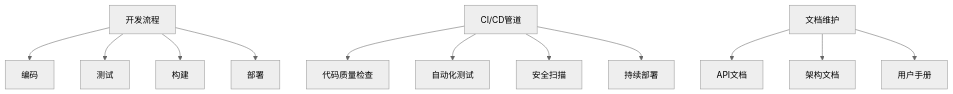
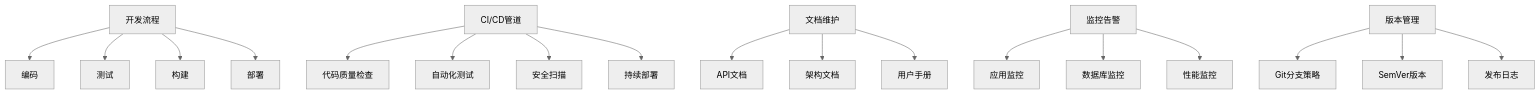
Before and after one commit to gree-coder/fund-butler: diagram 22 of 22 in .qoder/repowiki/zh/content/项目结构详解.md, drawn with Mermaid (neutral theme). The commit also changed other lines of this file and 10 other files, not shown here.

````diff
--- a/.qoder/repowiki/zh/content/项目结构详解.md
+++ b/.qoder/repowiki/zh/content/项目结构详解.md
@@ -386,14 +816,20 @@
 ```mermaid
 flowchart TD
 A[开发流程] --> B[编码]
 A --> C[测试]
 A --> D[构建]
 A --> E[部署]
 F[CI/CD管道] --> G[代码质量检查]
 F --> H[自动化测试]
 F --> I[安全扫描]
 F --> J[持续部署]
 K[文档维护] --> L[API文档]
 K --> M[架构文档]
 K --> N[用户手册]
+O[监控告警] --> P[应用监控]
+O --> Q[数据库监控]
+O --> R[性能监控]
+S[版本管理] --> T[Git分支策略]
+S --> U[SemVer版本]
+S --> V[发布日志]
 ```
````
